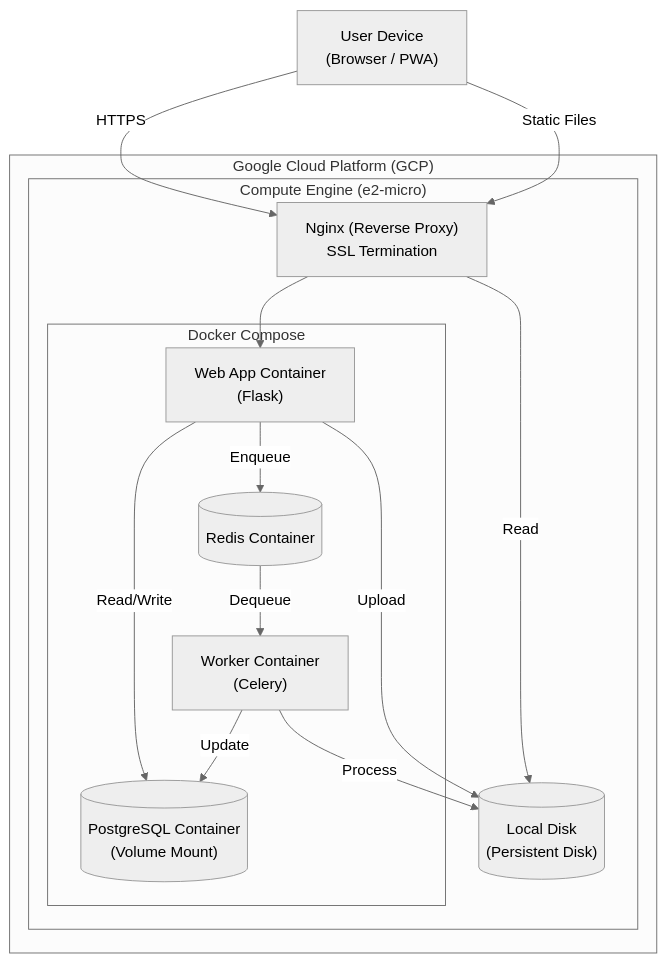
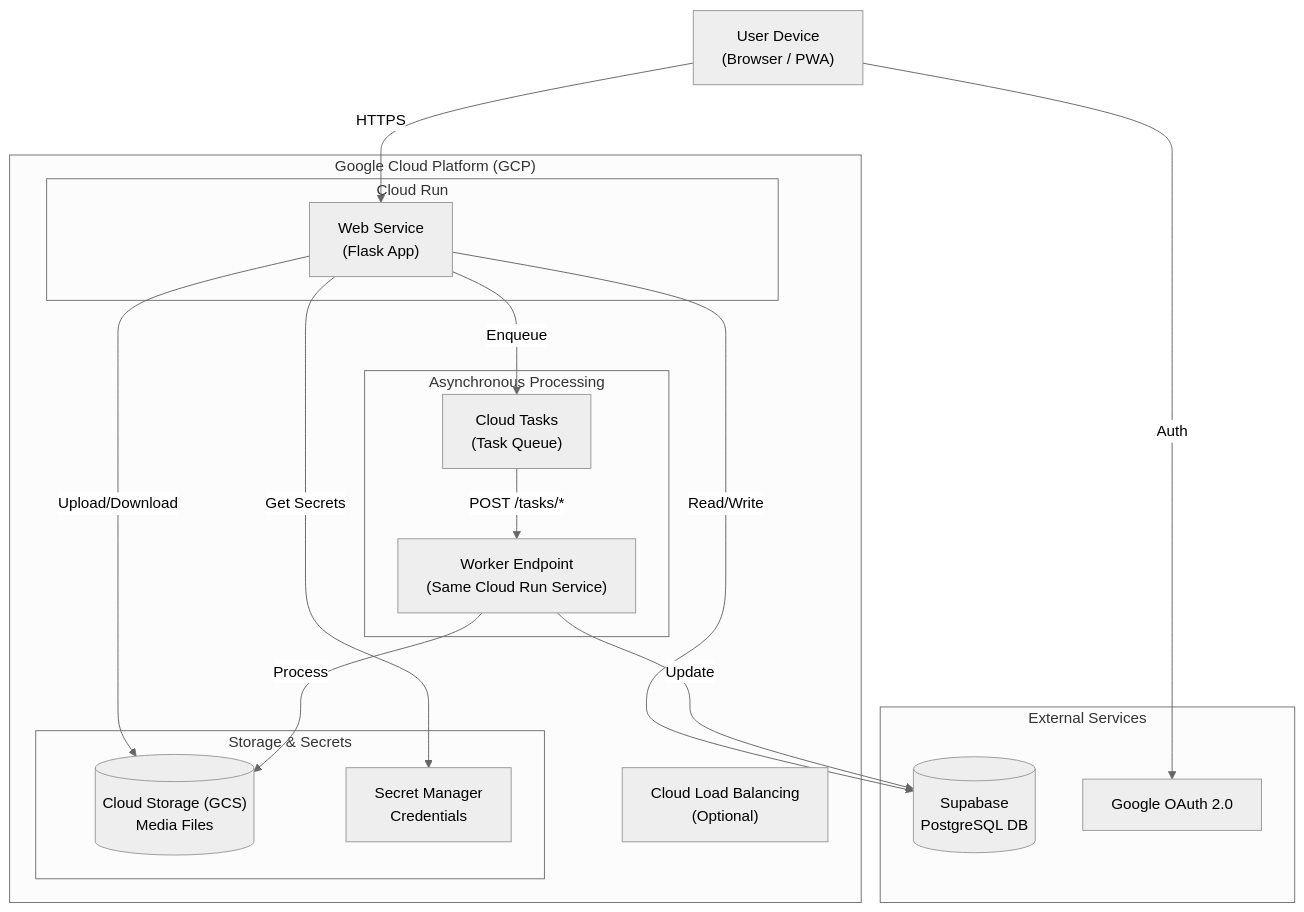
Before and after one commit to qc-310/Thesalo_gallery: the diagram in docs/basic_design/system_architecture.md, drawn with Mermaid (neutral theme). The commit also changed other lines of this file and 34 other files, not shown here.

````diff
--- a/docs/basic_design/system_architecture.md
+++ b/docs/basic_design/system_architecture.md
@@ -26,33 +21,38 @@
 ```mermaid
 graph TD
     UserClient["User Device<br/>(Browser / PWA)"]
-    
+
     subgraph GCP["Google Cloud Platform (GCP)"]
-        subgraph GCE["Compute Engine (e2-micro)"]
-            ReverseProxy["Nginx (Reverse Proxy)<br/>SSL Termination"]
-            
-            subgraph DockerCompose["Docker Compose"]
-                WebApp["Web App Container<br/>(Flask)"]
-                TaskWorker["Worker Container<br/>(Celery)"]
-                
-                DataLayer[("PostgreSQL Container<br/>(Volume Mount)")]
-                CacheLayer[("Redis Container")]
-            end
-            
-            FileSystem[("Local Disk<br/>(Persistent Disk)")]
+        LB["Cloud Load Balancing<br/>(Optional)"]
+        
+        subgraph Compute["Cloud Run"]
+            WebApp["Web Service<br/>(Flask App)"]
+        end
+        
+        subgraph Async["Asynchronous Processing"]
+            CloudTasks["Cloud Tasks<br/>(Task Queue)"]
+            Worker["Worker Endpoint<br/>(Same Cloud Run Service)"]
+        end
+        
+        subgraph Storage["Storage & Secrets"]
+            GCS[("Cloud Storage (GCS)<br/>Media Files")]
+            SecretManager["Secret Manager<br/>Credentials"]
         end
     end
     
-    UserClient -- HTTPS --> ReverseProxy
-    ReverseProxy --> WebApp
+    subgraph External["External Services"]
+        Supabase[("Supabase<br/>PostgreSQL DB")]
+        GoogleAuth["Google OAuth 2.0"]
+    end
     
-    WebApp -- Read/Write --> DataLayer
-    WebApp -- Enqueue --> CacheLayer
-    CacheLayer -- Dequeue --> TaskWorker
-    TaskWorker -- Update --> DataLayer
+    UserClient -- HTTPS --> WebApp
+    WebApp -- Read/Write --> Supabase
+    WebApp -- Upload/Download --> GCS
+    WebApp -- Enqueue --> CloudTasks
+    CloudTasks -- POST /tasks/* --> Worker
+    Worker -- Update --> Supabase
+    Worker -- Process --> GCS
     
-    WebApp -- Upload --> FileSystem
-    TaskWorker -- Process --> FileSystem
-    UserClient -- Static Files --> ReverseProxy
-    ReverseProxy -- Read --> FileSystem
+    WebApp -- Get Secrets --> SecretManager
+    UserClient -- Auth --> GoogleAuth
 ```
````
